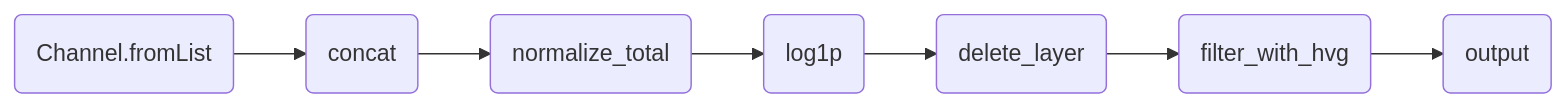
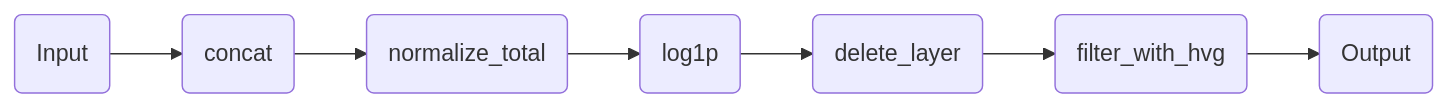
Before and after one commit to openpipelines-bio/website: the diagram in components/workflow_multiomics_rna_multisample.qmd, drawn with Mermaid. The commit also changed 6 other files, not shown here.

Commit message:
update pipeline graphs

````diff
--- a/components/workflow_multiomics_rna_multisample.qmd
+++ b/components/workflow_multiomics_rna_multisample.qmd
@@ -45,18 +45,18 @@
 ```{mermaid}
 %%| column: screen-inset-shaded
 flowchart LR
-    p0(Channel.fromList)
+    p0(Input)
     p8(concat)
     p15(normalize_total)
     p22(log1p)
     p29(delete_layer)
     p37(filter_with_hvg)
-    p43(output)
+    p43(Output)
     p0-->p8
     p8-->p15
     p15-->p22
     p22-->p29
     p29-->p37
     p37-->p43
 
 ```
````
